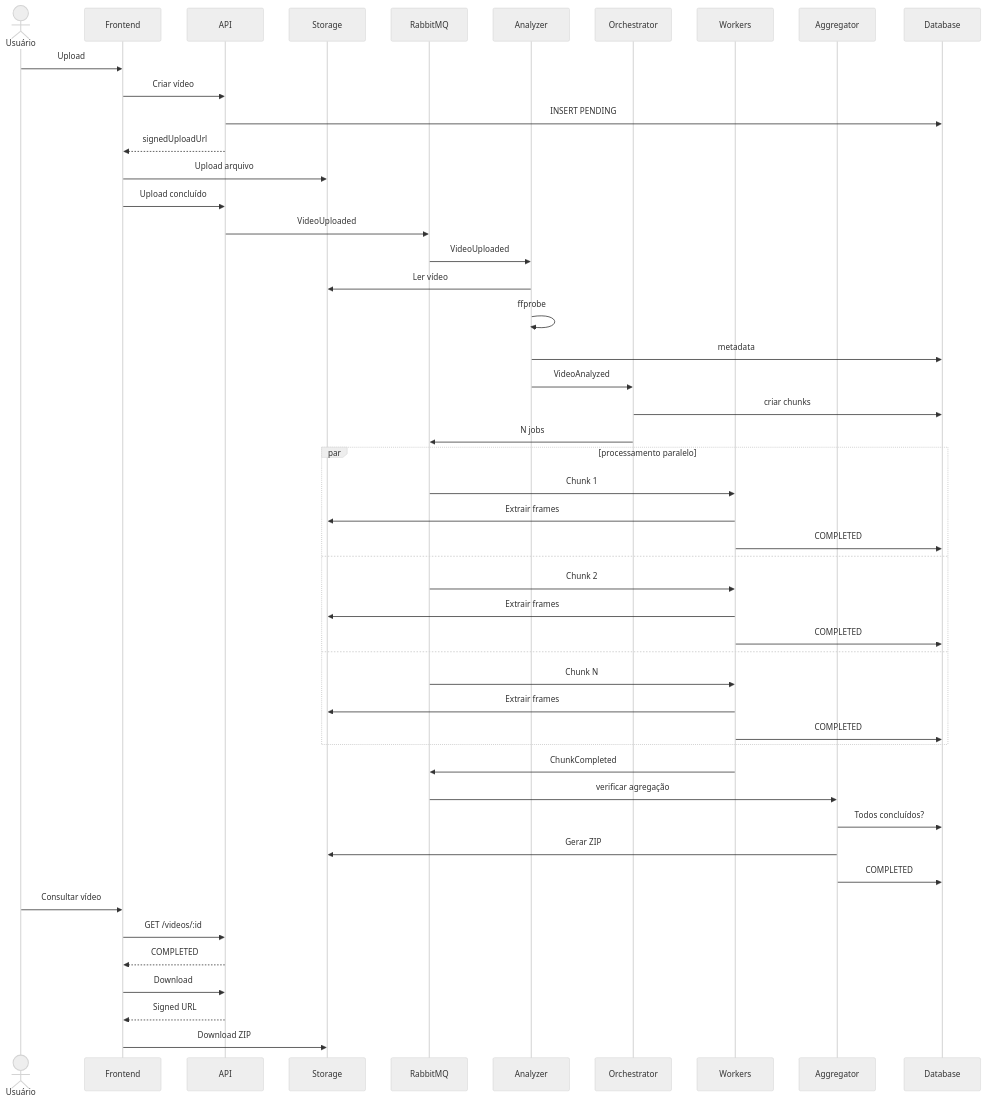
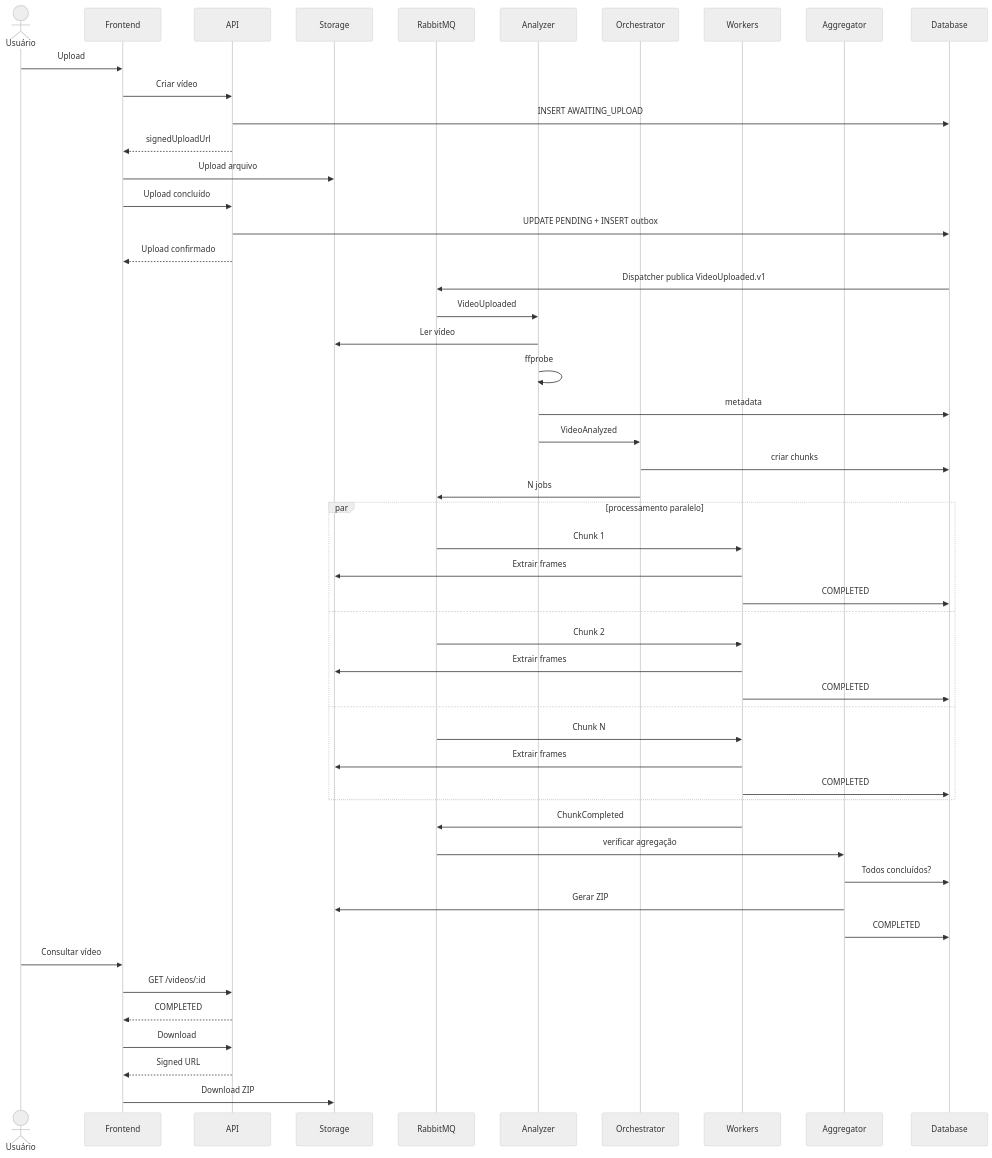
Diagram 17 of 27 in fiapx-arquitetura-processamento-distribuido.md (cesargomesjr/video-processing-platform), drawn with Mermaid (neutral theme) before and after one commit. The commit also changed other lines of this file and 21 other files, not shown here.

Commit message:
docs(video): refine EPIC-003 architecture

````diff
--- a/fiapx-arquitetura-processamento-distribuido.md
+++ b/fiapx-arquitetura-processamento-distribuido.md
@@ -967,60 +980,62 @@
 ```mermaid
 sequenceDiagram
     actor U as Usuário
     participant F as Frontend
     participant A as API
     participant S as Storage
     participant Q as RabbitMQ
     participant V as Analyzer
     participant O as Orchestrator
     participant W as Workers
     participant G as Aggregator
     participant D as Database
 
     U->>F: Upload
     F->>A: Criar vídeo
-    A->>D: INSERT PENDING
+    A->>D: INSERT AWAITING_UPLOAD
     A-->>F: signedUploadUrl
     F->>S: Upload arquivo
     F->>A: Upload concluído
 
-    A->>Q: VideoUploaded
+    A->>D: UPDATE PENDING + INSERT outbox
+    A-->>F: Upload confirmado
+    D->>Q: Dispatcher publica VideoUploaded.v1
     Q->>V: VideoUploaded
 
     V->>S: Ler vídeo
     V->>V: ffprobe
     V->>D: metadata
     V->>O: VideoAnalyzed
 
     O->>D: criar chunks
     O->>Q: N jobs
 
     par processamento paralelo
         Q->>W: Chunk 1
         W->>S: Extrair frames
         W->>D: COMPLETED
     and
         Q->>W: Chunk 2
         W->>S: Extrair frames
         W->>D: COMPLETED
     and
         Q->>W: Chunk N
         W->>S: Extrair frames
         W->>D: COMPLETED
     end
 
     W->>Q: ChunkCompleted
     Q->>G: verificar agregação
 
     G->>D: Todos concluídos?
     G->>S: Gerar ZIP
     G->>D: COMPLETED
 
     U->>F: Consultar vídeo
     F->>A: GET /videos/:id
     A-->>F: COMPLETED
 
     F->>A: Download
     A-->>F: Signed URL
     F->>S: Download ZIP
 ```
````
